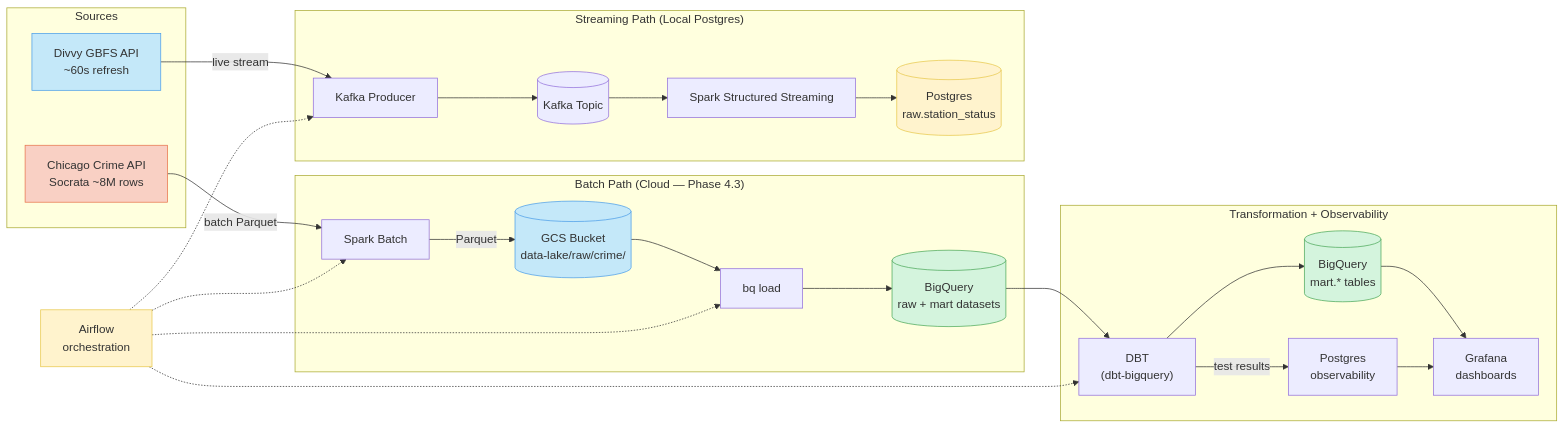
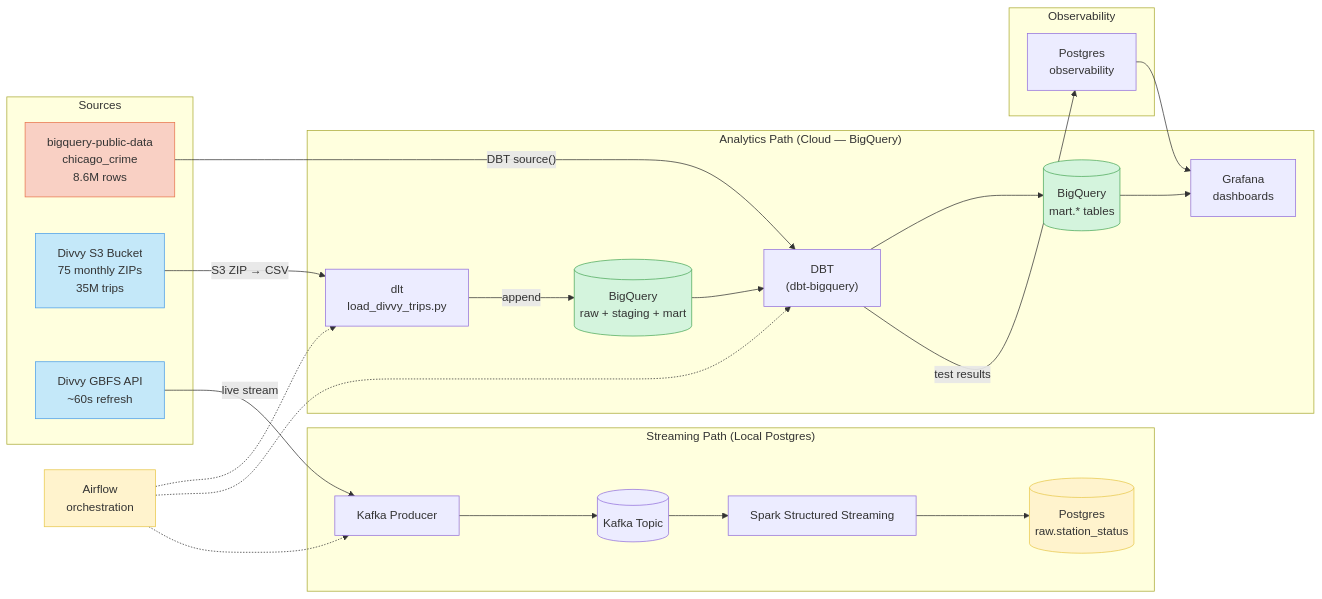
The first of 3 diagrams in README.md (SagarMarthandan/chicago-data-pipeline), drawn with Mermaid before and after one commit. The commit also changed other lines of this file and 24 other files, not shown here.

Commit message:
v26  Phase 4.4: Divvy trip history ingestion + correlation analysis

````diff
--- a/README.md
+++ b/README.md
@@ -27,56 +28,53 @@
 ```mermaid
 graph LR
     subgraph Sources
-        CC["Chicago Crime API<br/>Socrata ~8M rows"]
+        CC["bigquery-public-data<br/>chicago_crime<br/>8.6M rows"]
+        S3["Divvy S3 Bucket<br/>75 monthly ZIPs<br/>35M trips"]
         DV["Divvy GBFS API<br/>~60s refresh"]
     end
 
-    subgraph "Batch Path (Cloud — Phase 4.3)"
-        SP[Spark Batch]
-        GCS[("GCS Bucket<br/>data-lake/raw/crime/")]
-        BQL["bq load"]
-        BQ[("BigQuery<br/>raw + mart datasets")]
+    subgraph "Analytics Path (Cloud — BigQuery)"
+        DLT["dlt<br/>load_divvy_trips.py"]
+        BQ[("BigQuery<br/>raw + staging + mart")]
+        DBT["DBT<br/>(dbt-bigquery)"]
+        BQM[("BigQuery<br/>mart.* tables")]
+        GR["Grafana<br/>dashboards"]
     end
 
     subgraph "Streaming Path (Local Postgres)"
         KP[Kafka Producer]
         KT[(Kafka Topic)]
         SS[Spark Structured Streaming]
         PG[("Postgres<br/>raw.station_status")]
     end
 
-    subgraph "Transformation + Observability"
-        DBT["DBT<br/>(dbt-bigquery)"]
-        BQM[("BigQuery<br/>mart.* tables")]
+    subgraph "Observability"
         OBS["Postgres<br/>observability"]
-        GR["Grafana<br/>dashboards"]
     end
 
-    CC -->|"batch Parquet"| SP
-    SP -->|Parquet| GCS
-    GCS --> BQL
-    BQL --> BQ
+    CC -->|"DBT source()"| DBT
+    S3 -->|"S3 ZIP → CSV"| DLT
+    DLT -->|"append"| BQ
     BQ --> DBT
     DBT --> BQM
     DBT -->|test results| OBS
     BQM --> GR
     OBS --> GR
 
     DV -->|live stream| KP
     KP --> KT
     KT --> SS
     SS --> PG
 
-    AF["Airflow<br/>orchestration"] -.-> SP
-    AF -.-> BQL
+    AF["Airflow<br/>orchestration"] -.-> DLT
     AF -.-> DBT
     AF -.-> KP
 
     style CC fill:#f9d0c4,stroke:#e8744c
+    style S3 fill:#c4e8f9,stroke:#4c9ee8
     style DV fill:#c4e8f9,stroke:#4c9ee8
-    style GCS fill:#c4e8f9,stroke:#4c9ee8
     style BQ fill:#d4f4dd,stroke:#4ca85a
     style BQM fill:#d4f4dd,stroke:#4ca85a
     style PG fill:#fff3cd,stroke:#e8c84c
     style AF fill:#fff3cd,stroke:#e8c84c
 ```
````
